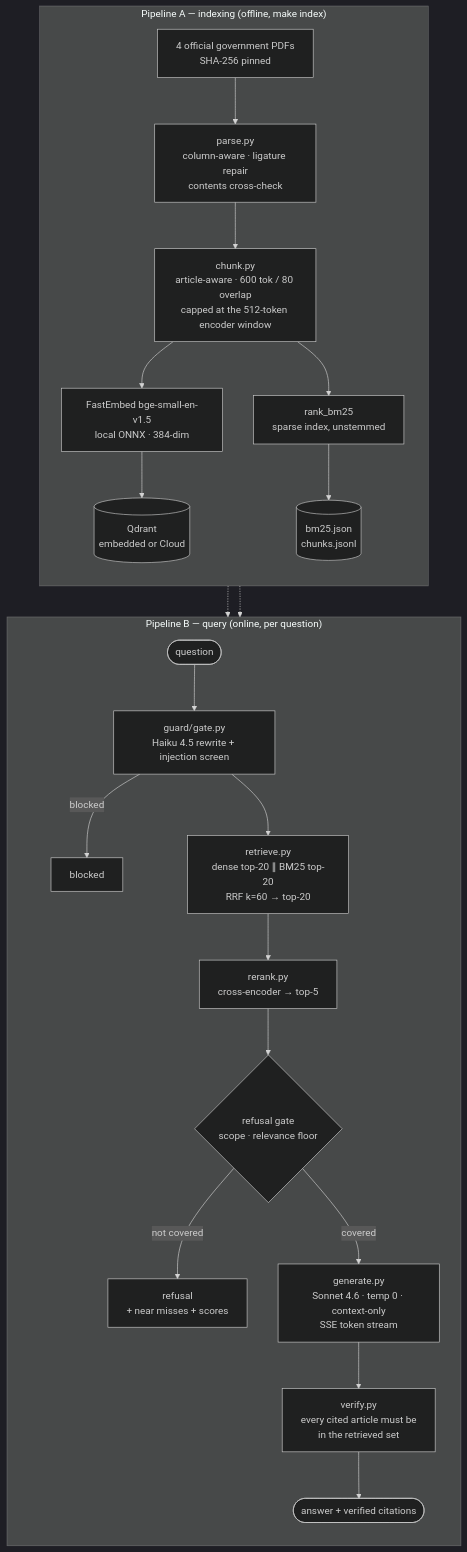
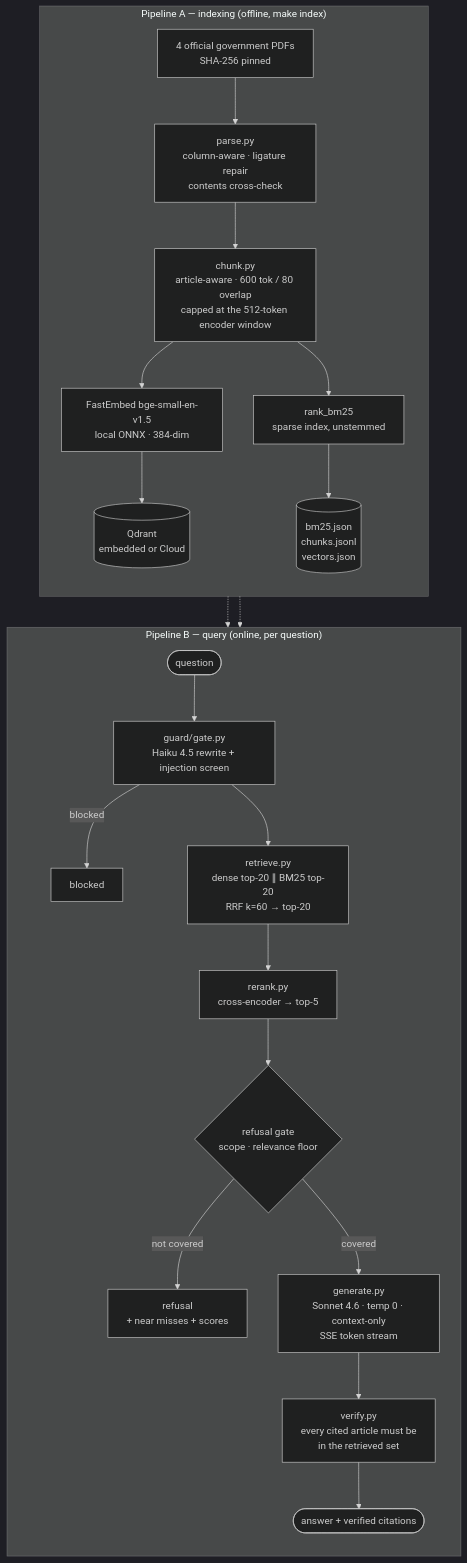
One commit to Abdr007/lexora changed the diagram in README.md. Above: the diagram before and after it, drawn with Mermaid (dark theme). The commit also changed other lines of this file and 1 other file, not shown here.

Commit message:
Refresh the gate counts and record the confirmed build-stage memory
The section 2 table quoted 165 tests, 45 typed files and 51 formatted files;
all three moved. AUDIT 6.5 now carries the numbers from the Hugging Face build
itself alongside the local simulation, rather than only the simulated ones.

````diff
--- a/README.md
+++ b/README.md
@@ -38,29 +38,29 @@
 ```mermaid
 flowchart TB
     subgraph A["Pipeline A — indexing (offline, make index)"]
         direction TB
         PDF["4 official government PDFs<br/>SHA-256 pinned"]
         --> PARSE["parse.py<br/>column-aware · ligature repair<br/>contents cross-check"]
         --> CHUNK["chunk.py<br/>article-aware · 600 tok / 80 overlap<br/>capped at the 512-token encoder window"]
         --> EMB["FastEmbed bge-small-en-v1.5<br/>local ONNX · 384-dim"]
         CHUNK --> BM["rank_bm25<br/>sparse index, unstemmed"]
         EMB --> QD[("Qdrant<br/>embedded or Cloud")]
-        BM --> DISK[("bm25.json<br/>chunks.jsonl")]
+        BM --> DISK[("bm25.json<br/>chunks.jsonl<br/>vectors.json")]
     end
 
     subgraph B["Pipeline B — query (online, per question)"]
         direction TB
         Q(["question"]) --> GATE["guard/gate.py<br/>Haiku 4.5 rewrite + injection screen"]
         GATE -->|blocked| BLK["blocked"]
         GATE --> RET["retrieve.py<br/>dense top-20 ∥ BM25 top-20<br/>RRF k=60 → top-20"]
         RET --> RR["rerank.py<br/>cross-encoder → top-5"]
         RR --> G{"refusal gate<br/>scope · relevance floor"}
         G -->|not covered| REF["refusal<br/>+ near misses + scores"]
         G -->|covered| GEN["generate.py<br/>Sonnet 4.6 · temp 0 · context-only<br/>SSE token stream"]
         GEN --> VER["verify.py<br/>every cited article must be<br/>in the retrieved set"]
         VER --> OUT(["answer + verified citations"])
     end
 
     DISK -.-> RET
     QD -.-> RET
 ```
````
